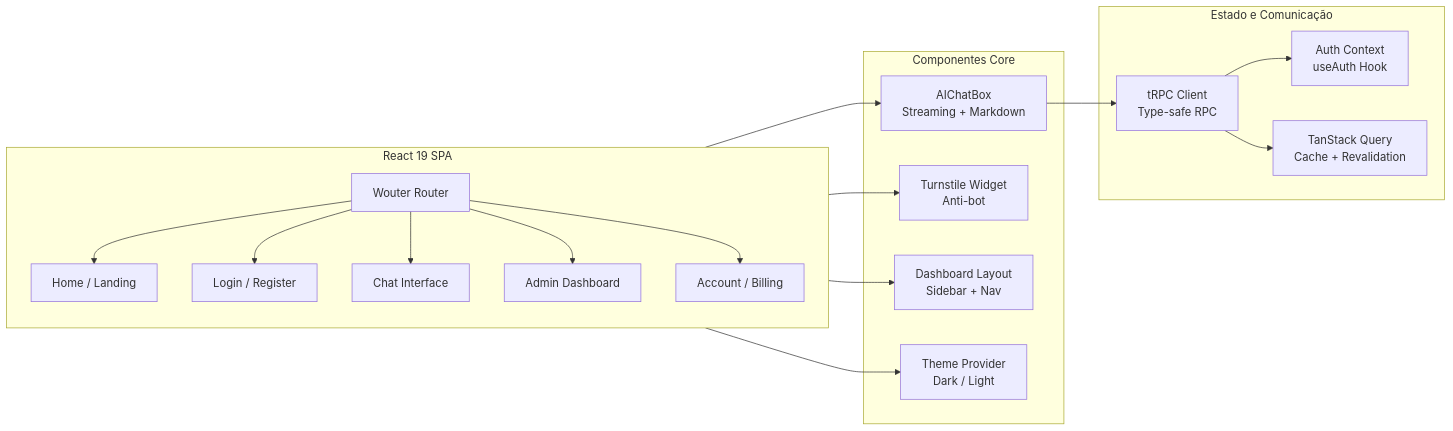
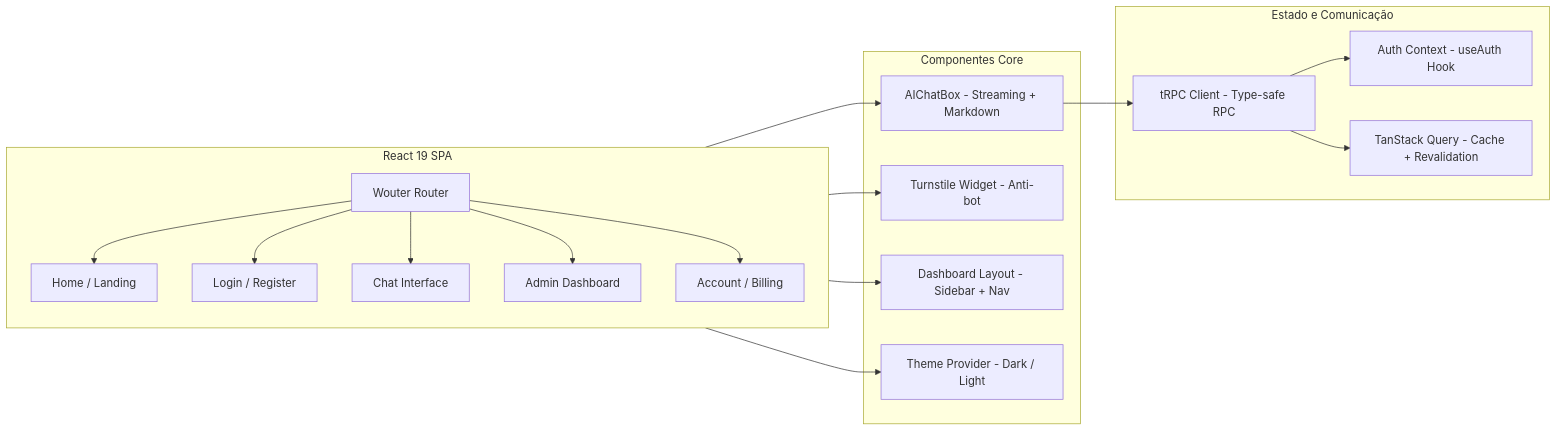
One commit to SperryTecnologia/debuga-ai changed the second of 11 diagrams in docs/ARCHITECTURE_PTBR.md. Above: the diagram before and after it, drawn with Mermaid. The commit also changed other lines of this file and 213 other files, not shown here.

````diff
--- a/docs/ARCHITECTURE_PTBR.md
+++ b/docs/ARCHITECTURE_PTBR.md
@@ -91,33 +91,33 @@
 ```mermaid
 graph LR
     subgraph "React 19 SPA"
         direction TB
         ROUTER2[Wouter Router]
-        ROUTER2 --> HOME[Home / Landing]
-        ROUTER2 --> LOGIN[Login / Register]
+        ROUTER2 --> HOME["Home / Landing"]
+        ROUTER2 --> LOGIN["Login / Register"]
         ROUTER2 --> CHATPAGE[Chat Interface]
         ROUTER2 --> ADMINPAGE[Admin Dashboard]
-        ROUTER2 --> ACCOUNT[Account / Billing]
+        ROUTER2 --> ACCOUNT["Account / Billing"]
     end
 
     subgraph "Componentes Core"
-        CHATBOX[AIChatBox<br/>Streaming + Markdown]
-        TURNSTILE[Turnstile Widget<br/>Anti-bot]
-        SIDEBAR[Dashboard Layout<br/>Sidebar + Nav]
-        THEME[Theme Provider<br/>Dark / Light]
+        CHATBOX[AIChatBox - Streaming + Markdown]
+        TURNSTILE[Turnstile Widget - Anti-bot]
+        SIDEBAR[Dashboard Layout - Sidebar + Nav]
+        THEME["Theme Provider - Dark / Light"]
     end
 
     subgraph "Estado e Comunicação"
-        TRPC[tRPC Client<br/>Type-safe RPC]
-        AUTHCTX[Auth Context<br/>useAuth Hook]
-        QUERY[TanStack Query<br/>Cache + Revalidation]
+        TRPC[tRPC Client - Type-safe RPC]
+        AUTHCTX[Auth Context - useAuth Hook]
+        QUERY[TanStack Query - Cache + Revalidation]
     end
 
     CHATPAGE --> CHATBOX
     LOGIN --> TURNSTILE
     ADMINPAGE --> SIDEBAR
     HOME --> THEME
     CHATBOX --> TRPC
     TRPC --> QUERY
     TRPC --> AUTHCTX
 ```
````
